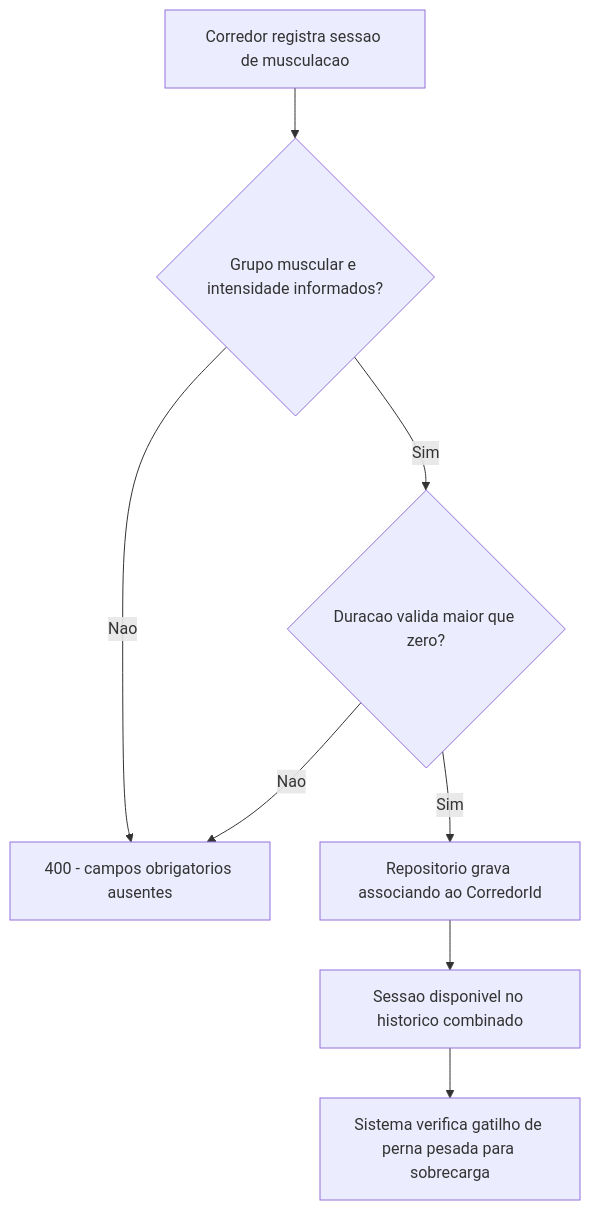
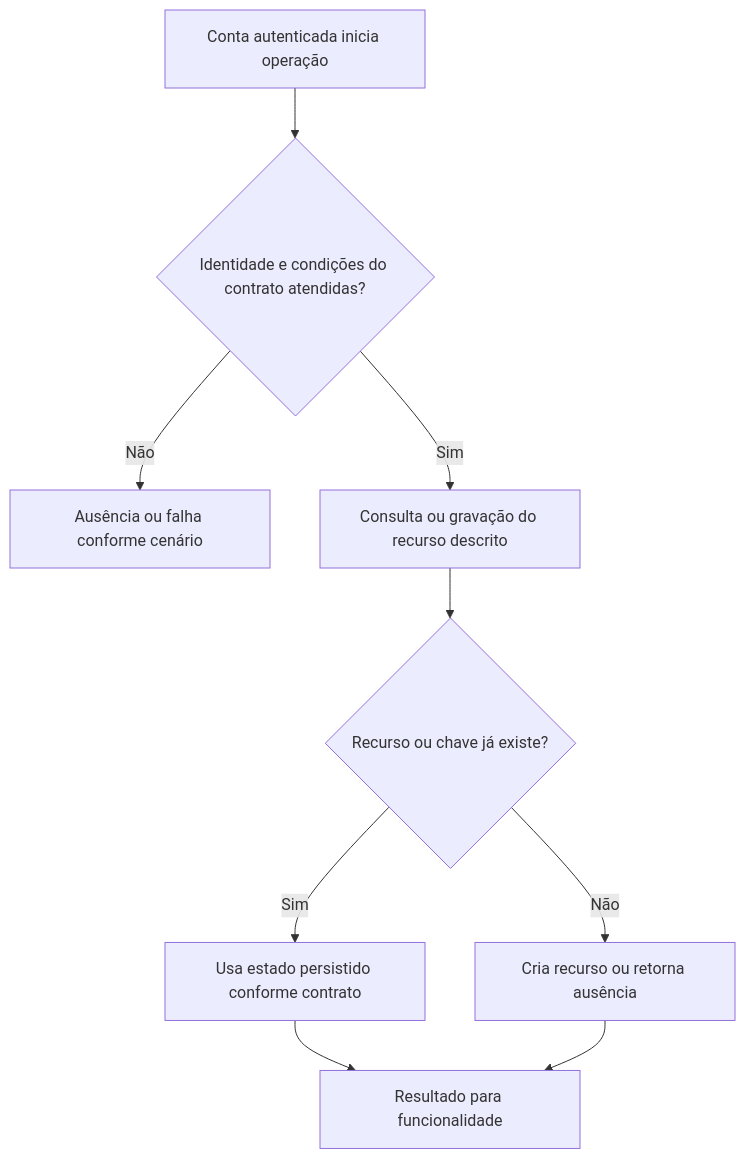
One commit to JoaoFPedro/steady-ia changed the second of 2 diagrams in DocumentAIReadme/Steady.Infrastructure/BusinessRulesDocs/Registro-e-Historico-de-Musculacao-Persistencia-Treino-Rules.md. Above: the diagram before and after it, drawn with Mermaid. The commit also changed other lines of this file and 318 other files, not shown here.

````diff
--- a/DocumentAIReadme/Steady.Infrastructure/BusinessRulesDocs/Registro-e-Historico-de-Musculacao-Persistencia-Treino-Rules.md
+++ b/DocumentAIReadme/Steady.Infrastructure/BusinessRulesDocs/Registro-e-Historico-de-Musculacao-Persistencia-Treino-Rules.md
@@ -99,10 +44,11 @@
 ```mermaid
 flowchart TD
-    A[Corredor registra sessao de musculacao] --> B{Grupo muscular e intensidade informados?}
-    B -->|Nao| C[400 - campos obrigatorios ausentes]
-    B -->|Sim| D{Duracao valida maior que zero?}
-    D -->|Nao| C
-    D -->|Sim| E[Repositorio grava associando ao CorredorId]
-    E --> F[Sessao disponivel no historico combinado]
-    F --> G[Sistema verifica gatilho de perna pesada para sobrecarga]
+    A[Conta autenticada inicia operação] --> B{Identidade e condições do contrato atendidas?}
+    B -->|Não| C[Ausência ou falha conforme cenário]
+    B -->|Sim| D[Consulta ou gravação do recurso descrito]
+    D --> E{Recurso ou chave já existe?}
+    E -->|Sim| F[Usa estado persistido conforme contrato]
+    E -->|Não| G[Cria recurso ou retorna ausência]
+    F --> H[Resultado para funcionalidade]
+    G --> H
 ```
````
